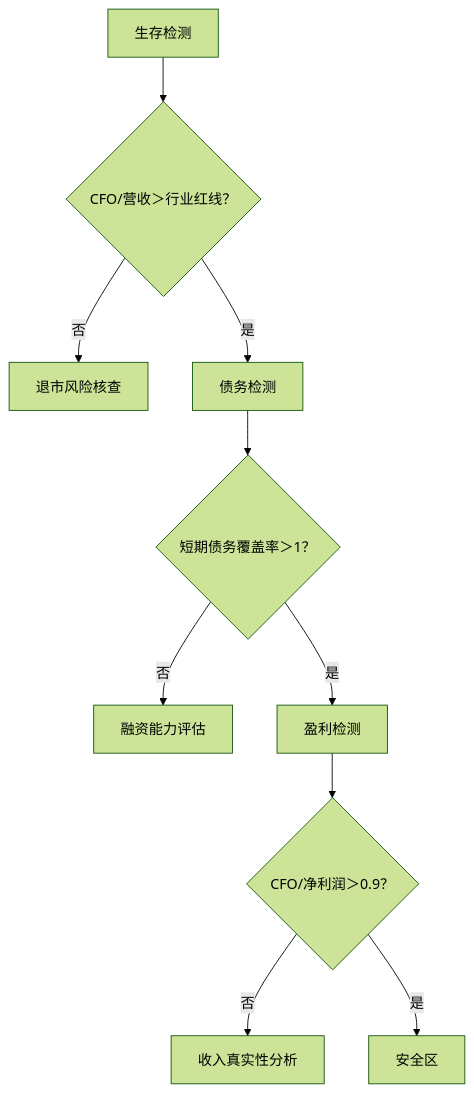
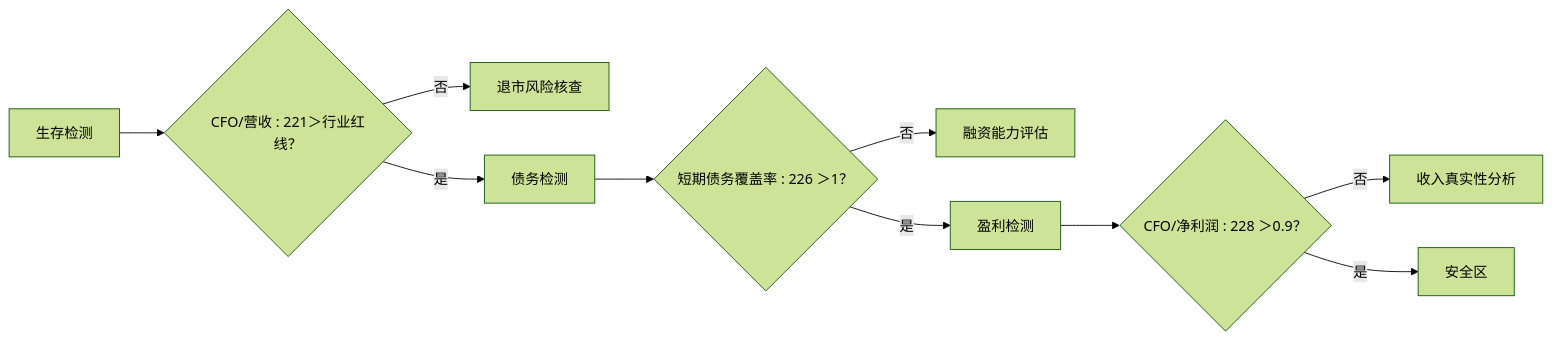
Before and after one commit to u588/app: the third of 13 diagrams in AiStock/财务分析.md, drawn with Mermaid (forest theme). The commit also changed other lines of this file and 6 other files, not shown here.

````diff
--- a/AiStock/财务分析.md
+++ b/AiStock/财务分析.md
@@ -161,12 +161,12 @@
 ```mermaid
-graph TD 
-A[生存检测] --> A1{CFO/营收＞行业红线？}
-A1 -- 否 --> 退市风险核查 
-A1 -- 是 --> B[债务检测]
-B --> B1{短期债务覆盖率＞1？}
-B1 -- 否 --> 融资能力评估 
-B1 -- 是 --> C[盈利检测]
-C --> C1{CFO/净利润＞0.9？}
-C1 -- 否 --> 收入真实性分析 
-C1 -- 是 --> 安全区
+graph LR
+    A[生存检测] --> A1{CFO/营收 : 221＞行业红线？}
+    A1 -- 否 --> 退市风险核查 
+    A1 -- 是 --> B[债务检测]
+    B --> B1{短期债务覆盖率 : 226 ＞1？}
+    B1 -- 否 --> 融资能力评估 
+    B1 -- 是 --> C[盈利检测]
+    C --> C1{CFO/净利润 : 228 ＞0.9？}
+    C1 -- 否 --> 收入真实性分析 
+    C1 -- 是 --> 安全区
 ```
````
